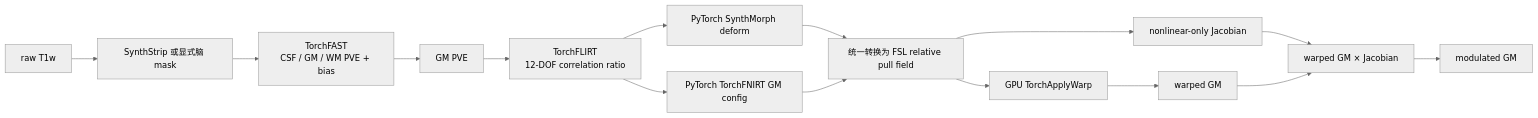
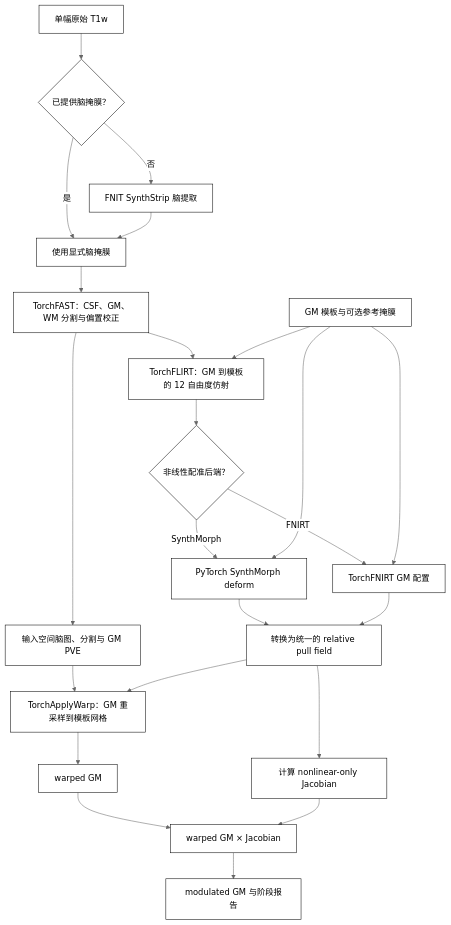
The diagram in docs/fast_vbm/README.md (weikanggong1/Fudan-Neuroimaging-toolkit), drawn with Mermaid (neutral theme) before and after one commit. The commit also changed other lines of this file and 8 other files, not shown here.

Commit message:
Document FNIT pipeline flowcharts with uniform monochrome style (#3)

````diff
--- a/docs/fast_vbm/README.md
+++ b/docs/fast_vbm/README.md
@@ -9,17 +11,25 @@
 ```mermaid
-flowchart LR
-  A[raw T1w] --> B[SynthStrip 或显式脑 mask]
-  B --> C[TorchFAST<br/>CSF / GM / WM PVE + bias]
-  C --> D[GM PVE]
-  D --> E[TorchFLIRT<br/>12-DOF correlation ratio]
-  E --> F1[PyTorch SynthMorph deform]
-  E --> F2[PyTorch TorchFNIRT GM config]
-  F1 --> G[统一转换为 FSL relative pull field]
-  F2 --> G
-  G --> H[GPU TorchApplyWarp]
-  G --> I[nonlinear-only Jacobian]
-  H --> J[warped GM]
-  I --> K[warped GM × Jacobian]
-  J --> K
-  K --> L[modulated GM]
+flowchart TD
+    T1["单幅原始 T1w"] --> MASK{"已提供脑掩膜？"}
+    MASK -- 是 --> BRAIN["使用显式脑掩膜"]
+    MASK -- 否 --> STRIP["FNIT SynthStrip 脑提取"] --> BRAIN
+    BRAIN --> FAST["TorchFAST：CSF、GM、WM 分割与偏置校正"]
+    FAST --> NATIVE["输入空间脑图、分割与 GM PVE"]
+    FAST --> FLIRT["TorchFLIRT：GM 到模板的 12 自由度仿射"]
+    TPL["GM 模板与可选参考掩膜"] --> FLIRT
+    FLIRT --> BACK{"非线性配准后端？"}
+    BACK -- SynthMorph --> SM["PyTorch SynthMorph deform"]
+    BACK -- FNIRT --> FN["TorchFNIRT GM 配置"]
+    TPL --> SM
+    TPL --> FN
+    SM --> FIELD["转换为统一的 relative pull field"]
+    FN --> FIELD
+    NATIVE --> APPLY["TorchApplyWarp：GM 重采样到模板网格"]
+    FIELD --> APPLY
+    FIELD --> JAC["计算 nonlinear-only Jacobian"]
+    APPLY --> WARPED["warped GM"]
+    WARPED --> MOD["warped GM × Jacobian"]
+    JAC --> MOD
+    MOD --> OUT["modulated GM 与阶段报告"]
+    classDef default fill:#ffffff,stroke:#000000,color:#000000;
 ```
````
